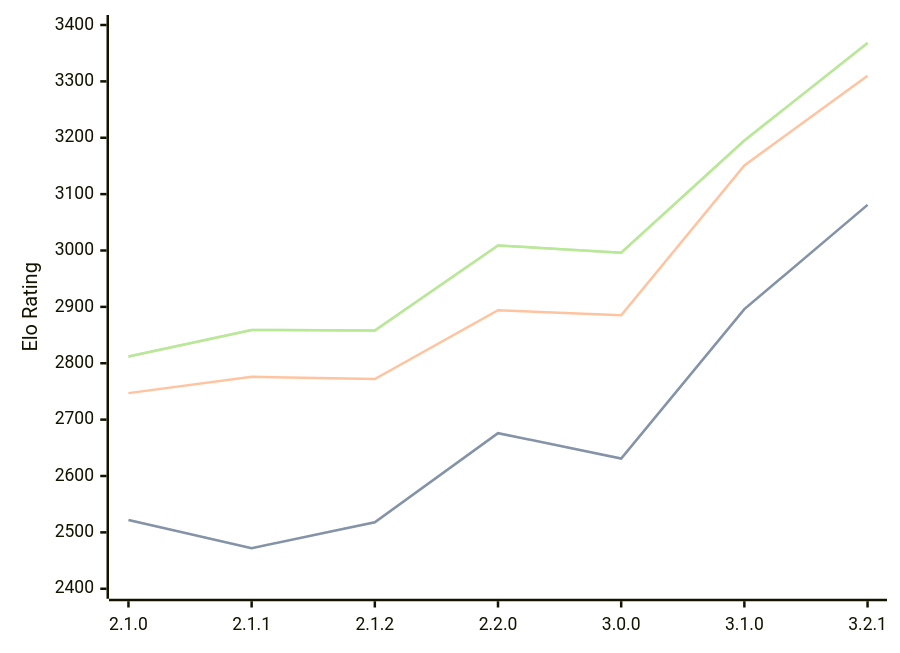
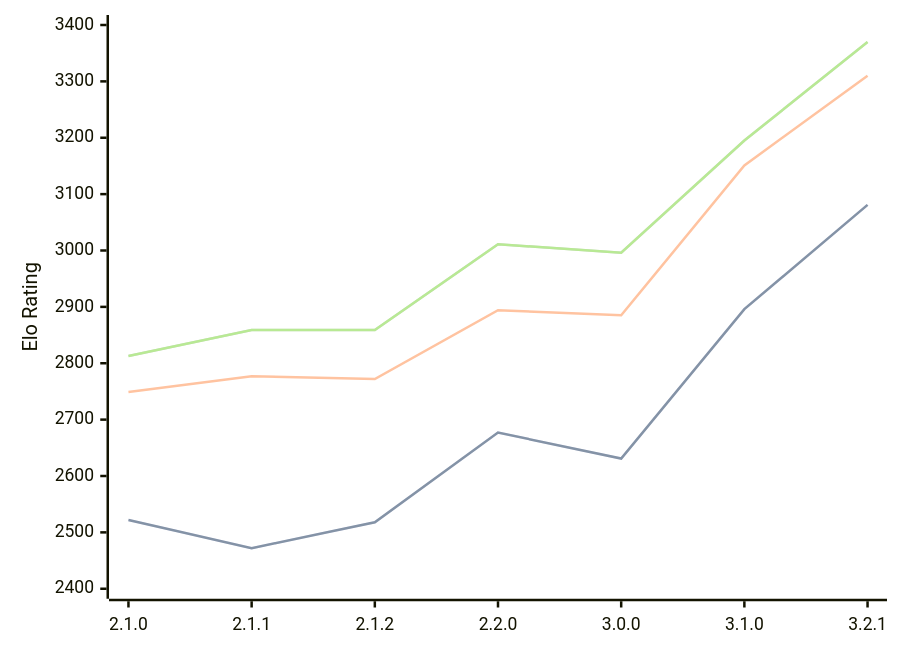
One commit to computer-chess-index/cci changed the diagram in engines/Prune.md. Above: the diagram before and after it, drawn with Mermaid. The commit also changed other lines of this file, not shown here.

Commit message:
Update CCI Ratings (ELO VLTC) - 2026-05-22

````diff
--- a/engines/Prune.md
+++ b/engines/Prune.md
@@ -42,11 +42,11 @@
 ```mermaid
 %%{init: {"theme":"base","themeVariables":{"seriesColors:['#a3a3a3','#222221','#faa371']}}}%%
 xychart-beta
   x-axis ["2.1.0", "2.1.1", "2.1.2", "2.2.0", "3.0.0", "3.1.0", "3.2.1"]
   y-axis "Elo Rating" 2400 --> 3400
-  line "STC (8.0+0.08s)" [2522, 2472, 2518, 2676, 2631, 2896, 3081]
-  line "STC (8.0+0.08s)" [2522, 2472, 2518, 2676, 2631, 2896, 3081]
-  line "LTC (60.0+0.60s)" [2747, 2776, 2772, 2894, 2885, 3151, 3310]
-  line "VLTC (2m24s+1.12s)" [2812, 2859, 2858, 3009, 2996, 3195, 3368]
-  line "VLTC (2m24s+1.12s)" [2812, 2859, 2858, 3009, 2996, 3195, 3368]
+  line "STC (8.0+0.08s)" [2522, 2472, 2518, 2677, 2631, 2896, 3081]
+  line "STC (8.0+0.08s)" [2522, 2472, 2518, 2677, 2631, 2896, 3081]
+  line "LTC (60.0+0.60s)" [2749, 2777, 2772, 2894, 2885, 3151, 3310]
+  line "VLTC (2m24s+1.12s)" [2813, 2859, 2859, 3011, 2996, 3195, 3370]
+  line "VLTC (2m24s+1.12s)" [2813, 2859, 2859, 3011, 2996, 3195, 3370]
 ```
````
